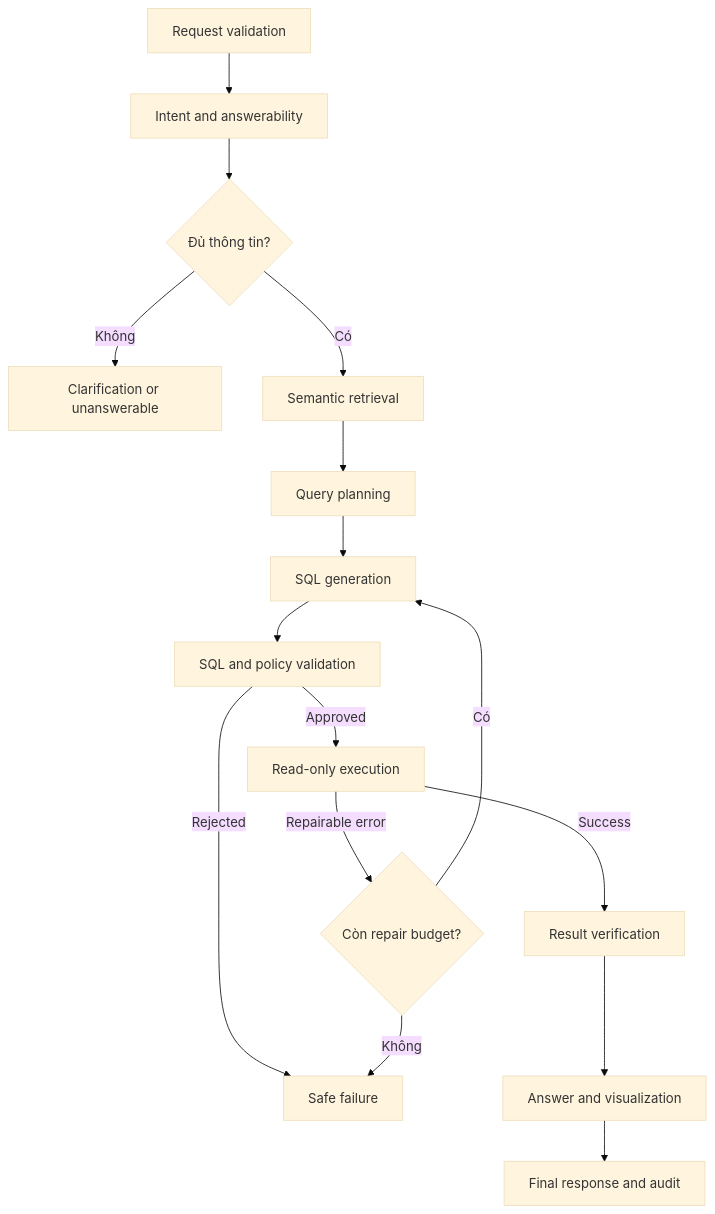
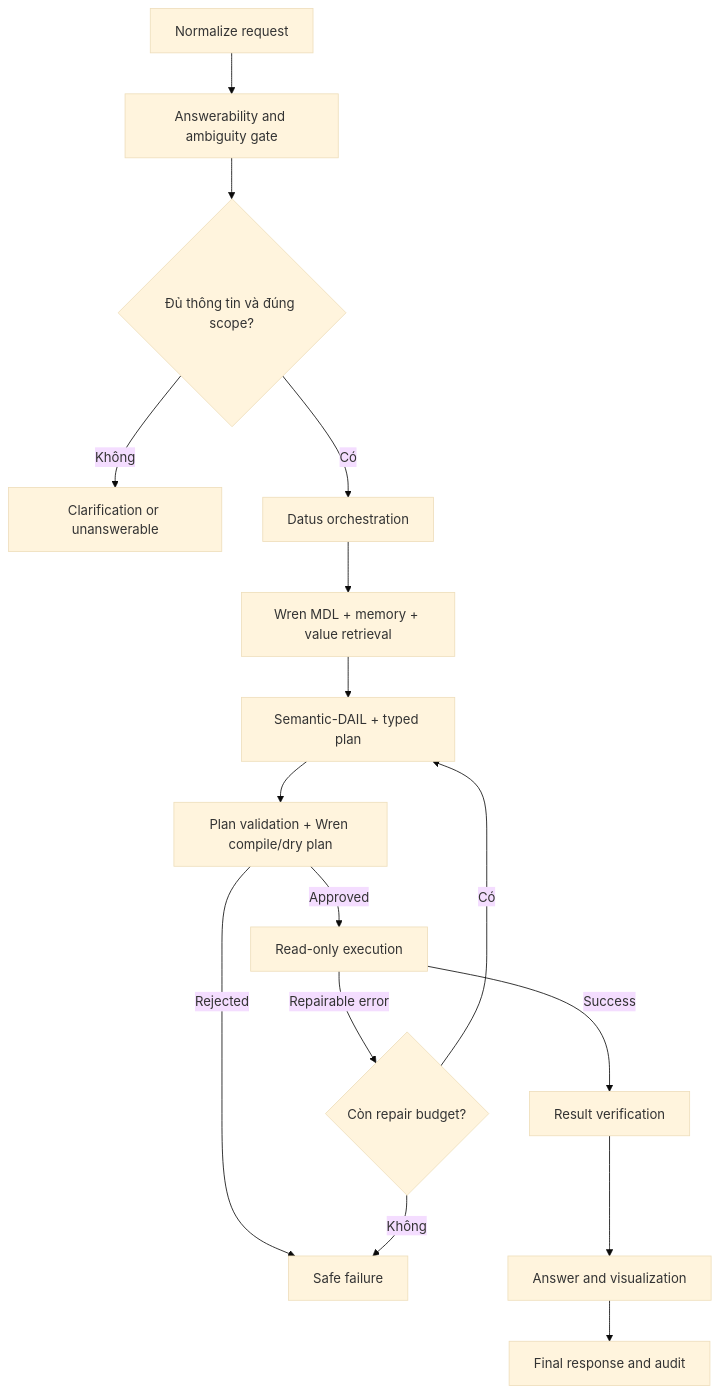
One commit to ntkReyn/pro_text2sql changed the third of 3 diagrams in docs/architecture/system-architecture.md. Above: the diagram before and after it, drawn with Mermaid (base theme). The commit also changed other lines of this file and 73 other files, not shown here.

````diff
--- a/docs/architecture/system-architecture.md
+++ b/docs/architecture/system-architecture.md
@@ -137,18 +145,18 @@
 ```mermaid
 flowchart TD
-    A[Request validation] --> B[Intent and answerability]
-    B --> C{Đủ thông tin?}
+    A[Normalize request] --> B[Answerability and ambiguity gate]
+    B --> C{Đủ thông tin và đúng scope?}
     C -->|Không| D[Clarification or unanswerable]
-    C -->|Có| E[Semantic retrieval]
-    E --> F[Query planning]
-    F --> G[SQL generation]
-    G --> H[SQL and policy validation]
+    C -->|Có| E[Datus orchestration]
+    E --> F[Wren MDL + memory + value retrieval]
+    F --> G[Semantic-DAIL + typed plan]
+    G --> H[Plan validation + Wren compile/dry plan]
     H -->|Rejected| I[Safe failure]
     H -->|Approved| J[Read-only execution]
     J -->|Repairable error| K{Còn repair budget?}
     K -->|Có| G
     K -->|Không| I
     J -->|Success| L[Result verification]
     L --> M[Answer and visualization]
     M --> N[Final response and audit]
 ```
````
